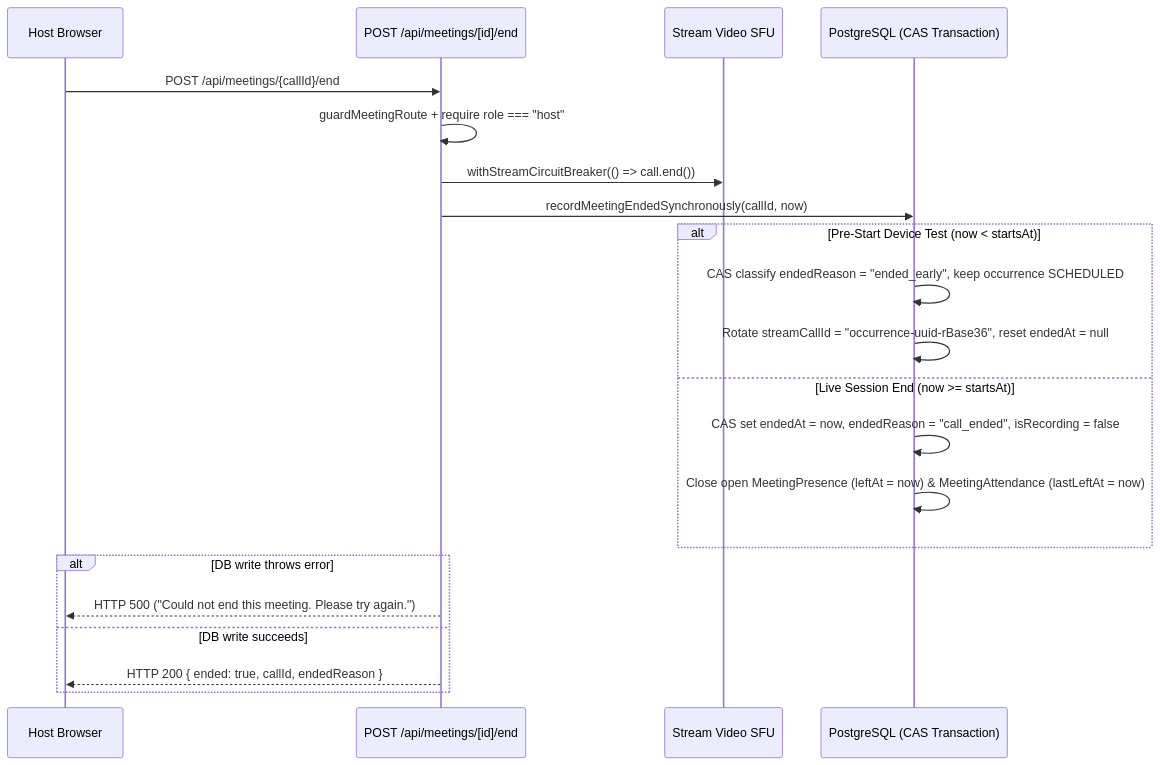
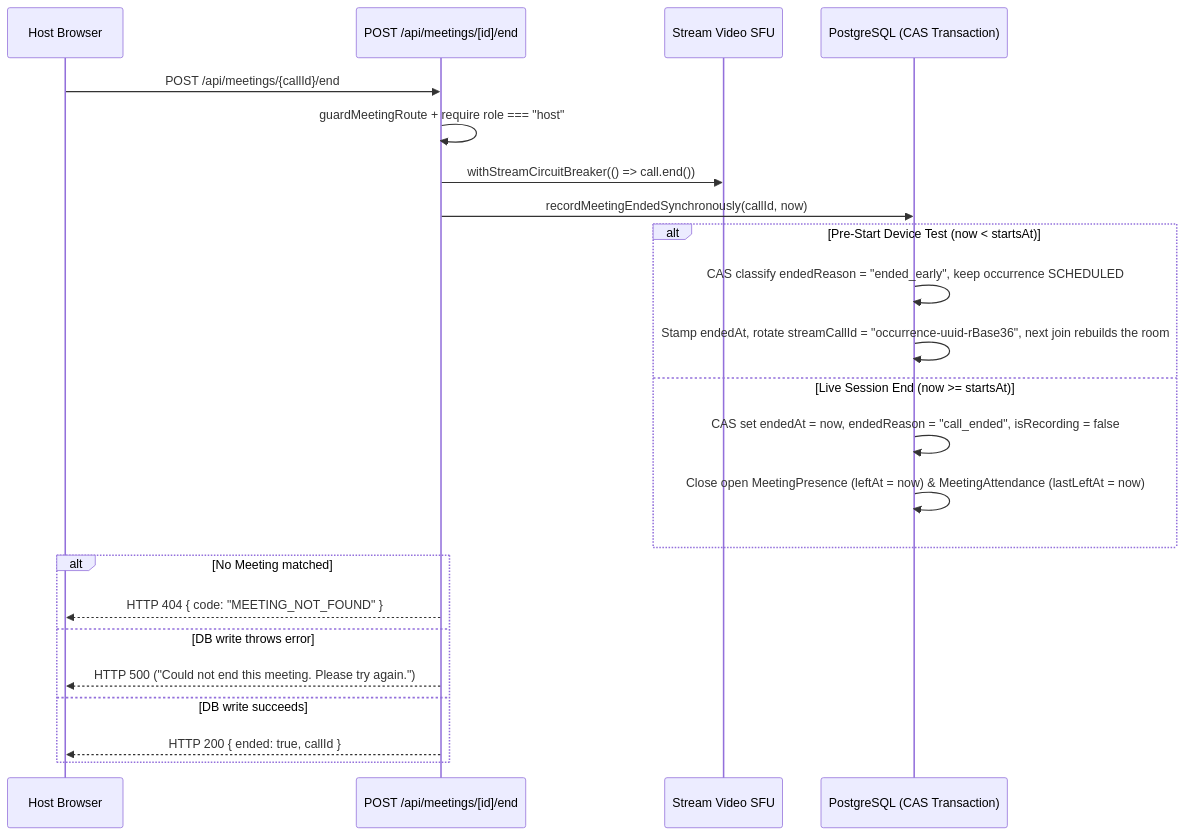
One commit to Practitionist/familiarise_web changed the third of 3 diagrams in docs/stream/05-video-implementation.md. Above: the diagram before and after it, drawn with Mermaid. The commit also changed other lines of this file and 9 other files, not shown here.

First line of the commit message:
docs(stream): immutable booked end, end-reason table, Stream-first reopen

````diff
--- a/docs/stream/05-video-implementation.md
+++ b/docs/stream/05-video-implementation.md
@@ -92,24 +99,26 @@
 ```mermaid
 sequenceDiagram
     participant Host as Host Browser
     participant EndAPI as POST /api/meetings/[id]/end
     participant SFU as Stream Video SFU
     participant DB as PostgreSQL (CAS Transaction)
 
     Host->>EndAPI: POST /api/meetings/{callId}/end
     EndAPI->>EndAPI: guardMeetingRoute + require role === "host"
     EndAPI->>SFU: withStreamCircuitBreaker(() => call.end())
     EndAPI->>DB: recordMeetingEndedSynchronously(callId, now)
     alt Pre-Start Device Test (now < startsAt)
         DB->>DB: CAS classify endedReason = "ended_early", keep occurrence SCHEDULED
-        DB->>DB: Rotate streamCallId = "occurrence-uuid-rBase36", reset endedAt = null
+        DB->>DB: Stamp endedAt, rotate streamCallId = "occurrence-uuid-rBase36", next join rebuilds the room
     else Live Session End (now >= startsAt)
         DB->>DB: CAS set endedAt = now, endedReason = "call_ended", isRecording = false
         DB->>DB: Close open MeetingPresence (leftAt = now) & MeetingAttendance (lastLeftAt = now)
     end
-    alt DB write throws error
+    alt No Meeting matched
+        EndAPI-->>Host: HTTP 404 { code: "MEETING_NOT_FOUND" }
+    else DB write throws error
         EndAPI-->>Host: HTTP 500 ("Could not end this meeting. Please try again.")
     else DB write succeeds
-        EndAPI-->>Host: HTTP 200 { ended: true, callId, endedReason }
+        EndAPI-->>Host: HTTP 200 { ended: true, callId }
     end
 ```
````
